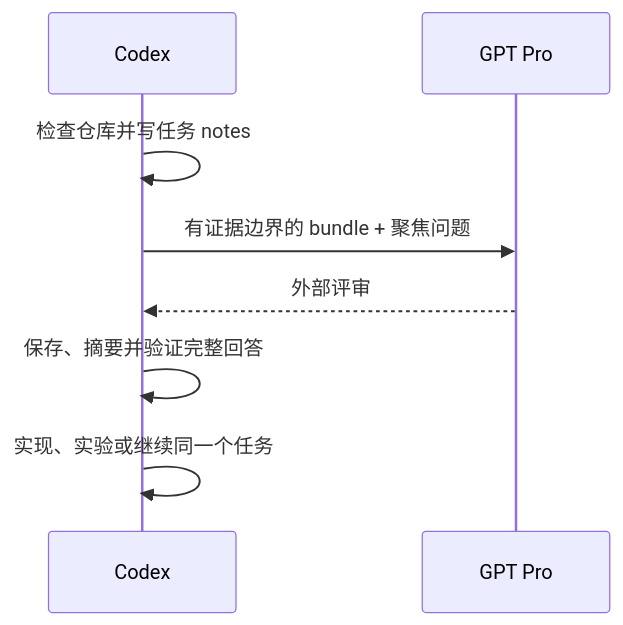
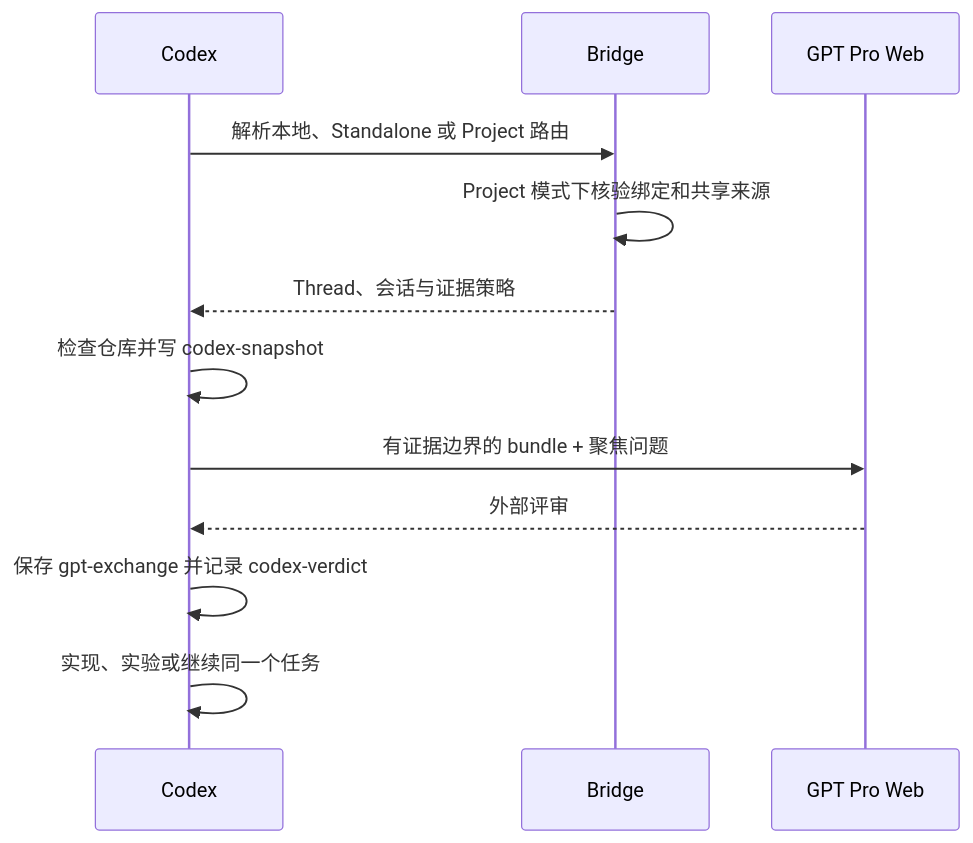
One commit to WILLOSCAR/codex-pro-bridge changed the first of 2 diagrams in README.zh-CN.md. Above: the diagram before and after it, drawn with Mermaid. The commit also changed other lines of this file and 35 other files, not shown here.

Commit message:
Add project-aware bridge workflow

````diff
--- a/README.zh-CN.md
+++ b/README.zh-CN.md
@@ -55,10 +56,14 @@
 ```mermaid
 sequenceDiagram
   participant C as Codex
-  participant G as GPT Pro
-  C->>C: 检查仓库并写任务 notes
+  participant B as Bridge
+  participant G as GPT Pro Web
+  C->>B: 解析本地、Standalone 或 Project 路由
+  B->>B: Project 模式下核验绑定和共享来源
+  B-->>C: Thread、会话与证据策略
+  C->>C: 检查仓库并写 codex-snapshot
   C->>G: 有证据边界的 bundle + 聚焦问题
   G-->>C: 外部评审
-  C->>C: 保存、摘要并验证完整回答
+  C->>C: 保存 gpt-exchange 并记录 codex-verdict
   C->>C: 实现、实验或继续同一个任务
 ```
````
